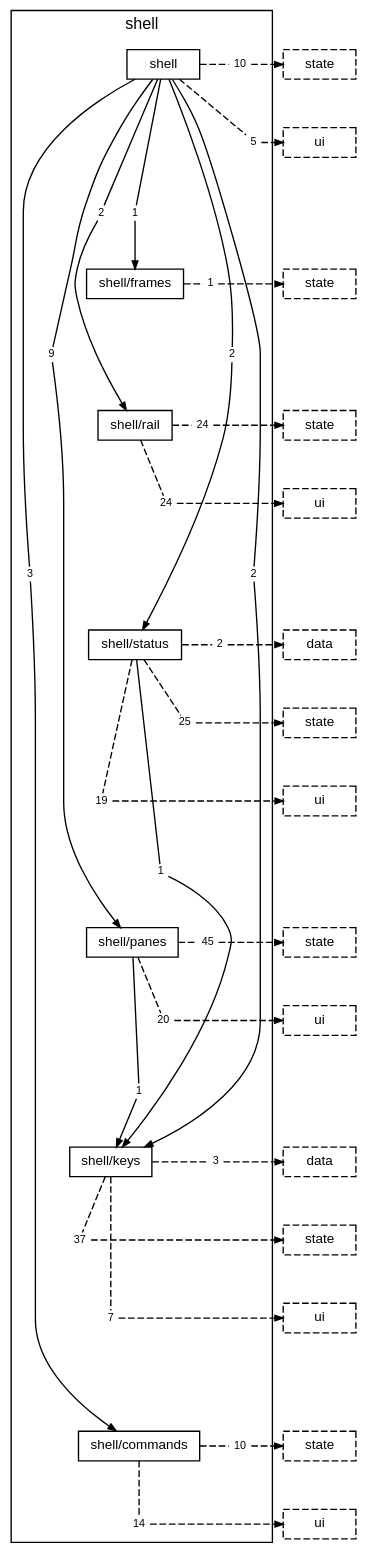
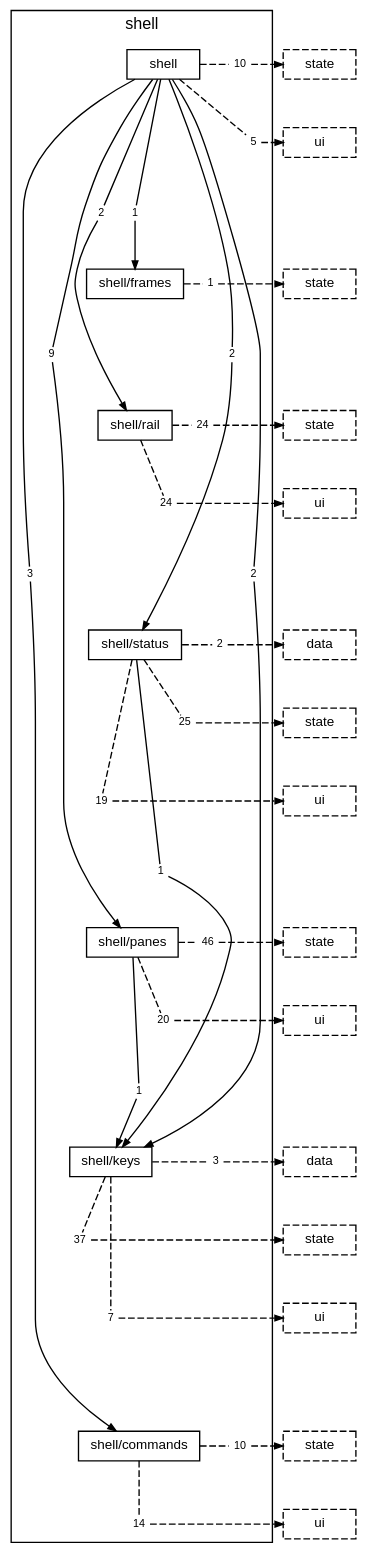
One commit to TheAxeC/oculus changed the diagram in docs/diagrams/layer-shell.dot. Above: the diagram before and after it, drawn with Graphviz. The commit also changed 47 other files, not shown here.

```diff
--- a/docs/diagrams/layer-shell.dot
+++ b/docs/diagrams/layer-shell.dot
@@ -1,120 +1,120 @@
 digraph layer_shell {
     graph [bgcolor="transparent", rankdir=TB, newrank=true, mclimit=4, fontname="Helvetica,Arial,sans-serif", fontsize=12, nodesep=0.2, ranksep=0.5];
     node [shape=box, color="black", fontcolor="black", fontname="Helvetica,Arial,sans-serif", fontsize=10, height=0.3, margin="0.12,0.04"];
     edge [color="black", fontcolor="black", fontname="Helvetica,Arial,sans-serif", fontsize=8, arrowsize=0.6];
     subgraph "cluster_shell" {
         label="shell"; style=solid;
         "folder shell" [label="shell"];
         "folder shell/frames" [label="shell/frames"];
         "folder shell/rail" [label="shell/rail"];
         "folder shell/status" [label="shell/status"];
         "folder shell/panes" [label="shell/panes"];
         "folder shell/keys" [label="shell/keys"];
         "folder shell/commands" [label="shell/commands"];
         "folder shell to folder shell/commands" [label="3", shape=box, color="transparent", fontsize=8, width=0, height=0, margin="0.04,0.02"];
         "folder shell to folder shell/frames" [label="1", shape=box, color="transparent", fontsize=8, width=0, height=0, margin="0.04,0.02"];
         "folder shell to folder shell/keys" [label="2", shape=box, color="transparent", fontsize=8, width=0, height=0, margin="0.04,0.02"];
         "folder shell to folder shell/panes" [label="9", shape=box, color="transparent", fontsize=8, width=0, height=0, margin="0.04,0.02"];
         "folder shell to folder shell/rail" [label="2", shape=box, color="transparent", fontsize=8, width=0, height=0, margin="0.04,0.02"];
         "folder shell to folder shell/status" [label="2", shape=box, color="transparent", fontsize=8, width=0, height=0, margin="0.04,0.02"];
         "folder shell to layer state" [label="10", shape=box, color="transparent", fontsize=8, width=0, height=0, margin="0.04,0.02"];
         "folder shell to layer ui" [label="5", shape=box, color="transparent", fontsize=8, width=0, height=0, margin="0.04,0.02"];
         "folder shell/frames to layer state" [label="1", shape=box, color="transparent", fontsize=8, width=0, height=0, margin="0.04,0.02"];
         "folder shell/rail to layer state" [label="24", shape=box, color="transparent", fontsize=8, width=0, height=0, margin="0.04,0.02"];
         "folder shell/rail to layer ui" [label="24", shape=box, color="transparent", fontsize=8, width=0, height=0, margin="0.04,0.02"];
         "folder shell/status to folder shell/keys" [label="1", shape=box, color="transparent", fontsize=8, width=0, height=0, margin="0.04,0.02"];
         "folder shell/status to layer data" [label="2", shape=box, color="transparent", fontsize=8, width=0, height=0, margin="0.04,0.02"];
         "folder shell/status to layer state" [label="25", shape=box, color="transparent", fontsize=8, width=0, height=0, margin="0.04,0.02"];
         "folder shell/status to layer ui" [label="19", shape=box, color="transparent", fontsize=8, width=0, height=0, margin="0.04,0.02"];
         "folder shell/panes to folder shell/keys" [label="1", shape=box, color="transparent", fontsize=8, width=0, height=0, margin="0.04,0.02"];
-        "folder shell/panes to layer state" [label="45", shape=box, color="transparent", fontsize=8, width=0, height=0, margin="0.04,0.02"];
+        "folder shell/panes to layer state" [label="46", shape=box, color="transparent", fontsize=8, width=0, height=0, margin="0.04,0.02"];
         "folder shell/panes to layer ui" [label="20", shape=box, color="transparent", fontsize=8, width=0, height=0, margin="0.04,0.02"];
         "folder shell/keys to layer data" [label="3", shape=box, color="transparent", fontsize=8, width=0, height=0, margin="0.04,0.02"];
         "folder shell/keys to layer state" [label="37", shape=box, color="transparent", fontsize=8, width=0, height=0, margin="0.04,0.02"];
         "folder shell/keys to layer ui" [label="7", shape=box, color="transparent", fontsize=8, width=0, height=0, margin="0.04,0.02"];
         "folder shell/commands to layer state" [label="10", shape=box, color="transparent", fontsize=8, width=0, height=0, margin="0.04,0.02"];
         "folder shell/commands to layer ui" [label="14", shape=box, color="transparent", fontsize=8, width=0, height=0, margin="0.04,0.02"];
     }
     "layer state from folder shell" [label="state", style=dashed];
     "layer ui from folder shell" [label="ui", style=dashed];
     "layer state from folder shell/frames" [label="state", style=dashed];
     "layer state from folder shell/rail" [label="state", style=dashed];
     "layer ui from folder shell/rail" [label="ui", style=dashed];
     "layer data from folder shell/status" [label="data", style=dashed];
     "layer state from folder shell/status" [label="state", style=dashed];
     "layer ui from folder shell/status" [label="ui", style=dashed];
     "layer state from folder shell/panes" [label="state", style=dashed];
     "layer ui from folder shell/panes" [label="ui", style=dashed];
     "layer data from folder shell/keys" [label="data", style=dashed];
     "layer state from folder shell/keys" [label="state", style=dashed];
     "layer ui from folder shell/keys" [label="ui", style=dashed];
     "layer state from folder shell/commands" [label="state", style=dashed];
     "layer ui from folder shell/commands" [label="ui", style=dashed];
     "folder shell" -> "folder shell/frames" [style=invis, weight=10, minlen=3];
     "folder shell/frames" -> "folder shell/rail" [style=invis, weight=10, minlen=2];
     "folder shell/rail" -> "folder shell/status" [style=invis, weight=10, minlen=3];
     "folder shell/status" -> "folder shell/panes" [style=invis, weight=10, minlen=4];
     "folder shell/panes" -> "folder shell/keys" [style=invis, weight=10, minlen=3];
     "folder shell/keys" -> "folder shell/commands" [style=invis, weight=10, minlen=4];
     "folder shell" -> "folder shell to folder shell/commands" [arrowhead=none, minlen=7, weight=10];
     "folder shell to folder shell/commands" -> "folder shell/commands" [];
     "folder shell" -> "folder shell to folder shell/frames" [arrowhead=none, minlen=2, weight=10];
     "folder shell to folder shell/frames" -> "folder shell/frames" [];
     "folder shell" -> "folder shell to folder shell/keys" [arrowhead=none, minlen=7, weight=10];
     "folder shell to folder shell/keys" -> "folder shell/keys" [];
     "folder shell" -> "folder shell to folder shell/panes" [arrowhead=none, minlen=4, weight=10];
     "folder shell to folder shell/panes" -> "folder shell/panes" [];
     "folder shell" -> "folder shell to folder shell/rail" [arrowhead=none, minlen=2, weight=10];
     "folder shell to folder shell/rail" -> "folder shell/rail" [];
     "folder shell" -> "folder shell to folder shell/status" [arrowhead=none, minlen=4, weight=10];
     "folder shell to folder shell/status" -> "folder shell/status" [];
     "folder shell" -> "folder shell to layer state" [arrowhead=none, style=dashed];
     "folder shell to layer state" -> "layer state from folder shell" [style=dashed];
     { rank=same; "folder shell"; "folder shell to layer state"; "layer state from folder shell"; }
     "folder shell" -> "folder shell to layer ui" [arrowhead=none, style=dashed, minlen=1, weight=10];
     "folder shell to layer ui" -> "layer ui from folder shell" [style=dashed];
     { rank=same; "folder shell to layer ui"; "layer ui from folder shell"; }
     "folder shell/frames" -> "folder shell/frames to layer state" [arrowhead=none, style=dashed];
     "folder shell/frames to layer state" -> "layer state from folder shell/frames" [style=dashed];
     { rank=same; "folder shell/frames"; "folder shell/frames to layer state"; "layer state from folder shell/frames"; }
     "folder shell/rail" -> "folder shell/rail to layer state" [arrowhead=none, style=dashed];
     "folder shell/rail to layer state" -> "layer state from folder shell/rail" [style=dashed];
     { rank=same; "folder shell/rail"; "folder shell/rail to layer state"; "layer state from folder shell/rail"; }
     "folder shell/rail" -> "folder shell/rail to layer ui" [arrowhead=none, style=dashed, minlen=1, weight=10];
     "folder shell/rail to layer ui" -> "layer ui from folder shell/rail" [style=dashed];
     { rank=same; "folder shell/rail to layer ui"; "layer ui from folder shell/rail"; }
     "folder shell/status" -> "folder shell/status to folder shell/keys" [arrowhead=none, minlen=3, weight=10];
     "folder shell/status to folder shell/keys" -> "folder shell/keys" [];
     "folder shell/status" -> "folder shell/status to layer data" [arrowhead=none, style=dashed];
     "folder shell/status to layer data" -> "layer data from folder shell/status" [style=dashed];
     { rank=same; "folder shell/status"; "folder shell/status to layer data"; "layer data from folder shell/status"; }
     "folder shell/status" -> "folder shell/status to layer state" [arrowhead=none, style=dashed, minlen=1, weight=10];
     "folder shell/status to layer state" -> "layer state from folder shell/status" [style=dashed];
     { rank=same; "folder shell/status to layer state"; "layer state from folder shell/status"; }
     "folder shell/status" -> "folder shell/status to layer ui" [arrowhead=none, style=dashed, minlen=2, weight=10];
     "folder shell/status to layer ui" -> "layer ui from folder shell/status" [style=dashed];
     { rank=same; "folder shell/status to layer ui"; "layer ui from folder shell/status"; }
     "folder shell/panes" -> "folder shell/panes to folder shell/keys" [arrowhead=none, minlen=2, weight=10];
     "folder shell/panes to folder shell/keys" -> "folder shell/keys" [];
     "folder shell/panes" -> "folder shell/panes to layer state" [arrowhead=none, style=dashed];
     "folder shell/panes to layer state" -> "layer state from folder shell/panes" [style=dashed];
     { rank=same; "folder shell/panes"; "folder shell/panes to layer state"; "layer state from folder shell/panes"; }
     "folder shell/panes" -> "folder shell/panes to layer ui" [arrowhead=none, style=dashed, minlen=1, weight=10];
     "folder shell/panes to layer ui" -> "layer ui from folder shell/panes" [style=dashed];
     { rank=same; "folder shell/panes to layer ui"; "layer ui from folder shell/panes"; }
     "folder shell/keys" -> "folder shell/keys to layer data" [arrowhead=none, style=dashed];
     "folder shell/keys to layer data" -> "layer data from folder shell/keys" [style=dashed];
     { rank=same; "folder shell/keys"; "folder shell/keys to layer data"; "layer data from folder shell/keys"; }
     "folder shell/keys" -> "folder shell/keys to layer state" [arrowhead=none, style=dashed, minlen=1, weight=10];
     "folder shell/keys to layer state" -> "layer state from folder shell/keys" [style=dashed];
     { rank=same; "folder shell/keys to layer state"; "layer state from folder shell/keys"; }
     "folder shell/keys" -> "folder shell/keys to layer ui" [arrowhead=none, style=dashed, minlen=2, weight=10];
     "folder shell/keys to layer ui" -> "layer ui from folder shell/keys" [style=dashed];
     { rank=same; "folder shell/keys to layer ui"; "layer ui from folder shell/keys"; }
     "folder shell/commands" -> "folder shell/commands to layer state" [arrowhead=none, style=dashed];
     "folder shell/commands to layer state" -> "layer state from folder shell/commands" [style=dashed];
     { rank=same; "folder shell/commands"; "folder shell/commands to layer state"; "layer state from folder shell/commands"; }
     "folder shell/commands" -> "folder shell/commands to layer ui" [arrowhead=none, style=dashed, minlen=1, weight=10];
     "folder shell/commands to layer ui" -> "layer ui from folder shell/commands" [style=dashed];
     { rank=same; "folder shell/commands to layer ui"; "layer ui from folder shell/commands"; }
 }
```
